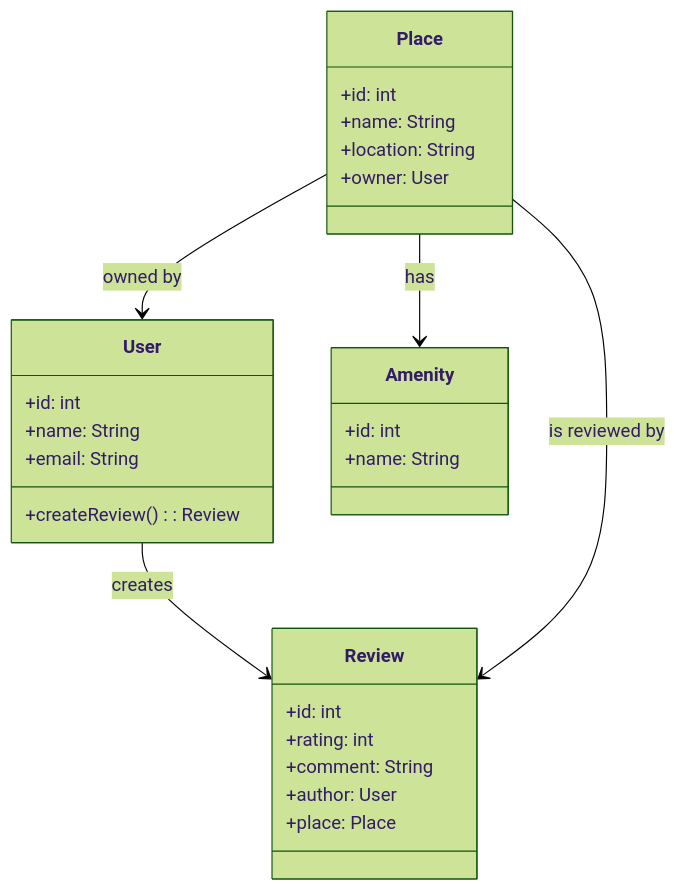
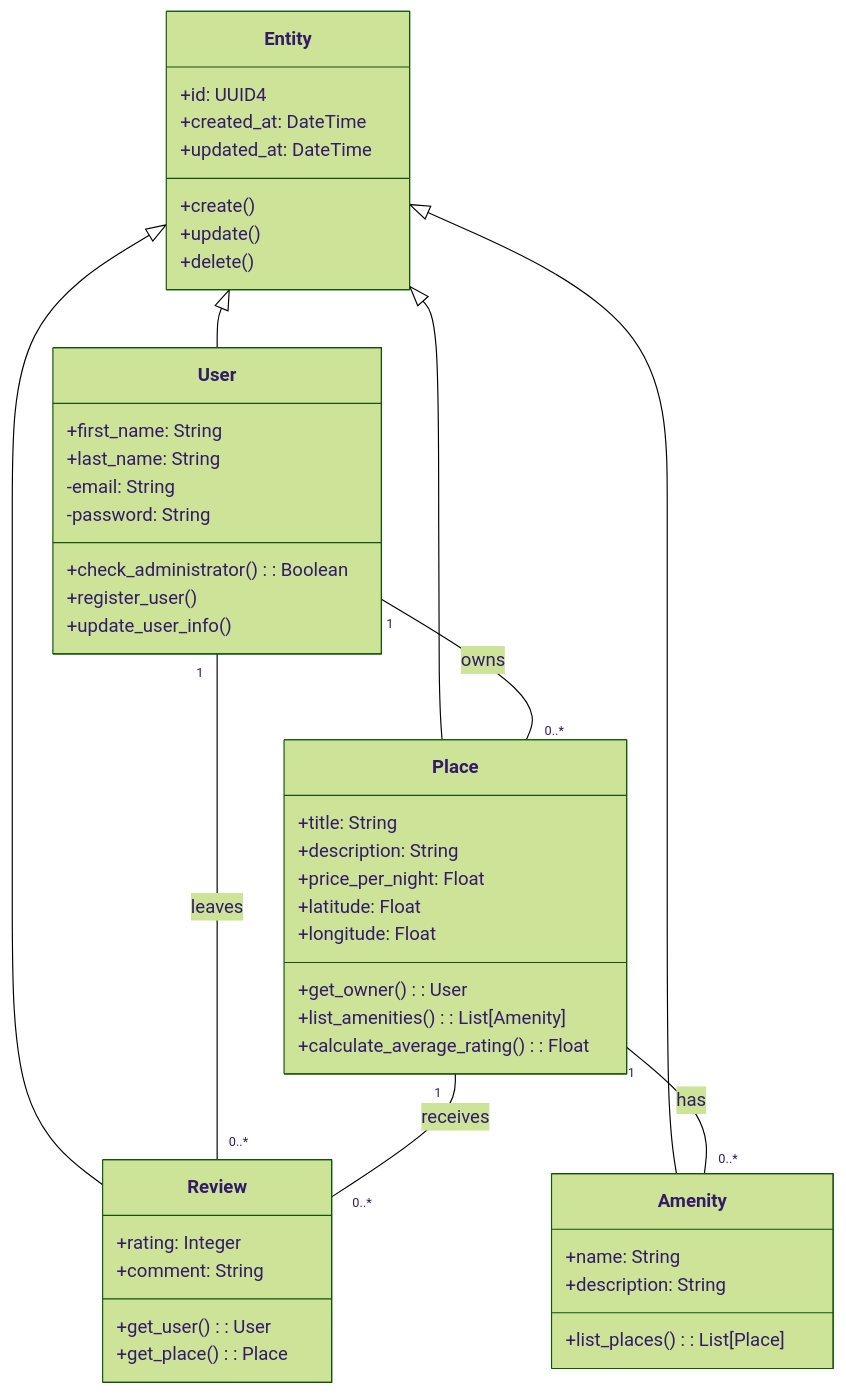
Before and after one commit to Arinhakeo/HBnB-Evolution: the second of 4 diagrams in HBnB-UML/Technical Document/3-Documentation_Compilation.md, drawn with Mermaid (forest theme). The commit also changed other lines of this file, not shown here.

````diff
--- a/HBnB-UML/Technical Document/3-Documentation_Compilation.md
+++ b/HBnB-UML/Technical Document/3-Documentation_Compilation.md
@@ -71,31 +69,49 @@
 ```mermaid
 classDiagram
-class User {
-    +id: int
-    +name: String
-    +email: String
-    +createReview(): Review
-}
-class Place {
-    +id: int
-    +name: String
-    +location: String
-    +owner: User
-}
-class Review {
-    +id: int
-    +rating: int
-    +comment: String
-    +author: User
-    +place: Place
-}
-class Amenity {
-    +id: int
-    +name: String
-}
-
-User --> Review : creates
-Place --> Review : is reviewed by
-Place --> User : owned by
-Place --> Amenity : has
+    class Entity {
+        +id: UUID4
+        +created_at: DateTime
+        +updated_at: DateTime
+        +create()
+        +update()
+        +delete()
+    }
+    class User {
+        +first_name: String
+        +last_name: String
+        -email: String
+        -password: String
+        +check_administrator(): Boolean
+        +register_user()
+        +update_user_info()
+    }
+    class Place {
+        +title: String
+        +description: String
+        +price_per_night: Float
+        +latitude: Float
+        +longitude: Float
+        +get_owner(): User
+        +list_amenities(): List[Amenity]
+        +calculate_average_rating(): Float
+    }
+    class Review {
+        +rating: Integer
+        +comment: String
+        +get_user(): User
+        +get_place(): Place
+    }
+    class Amenity {
+        +name: String
+        +description: String
+        +list_places(): List[Place]
+    }
+    Entity <|-- User
+    Entity <|-- Place
+    Entity <|-- Review
+    Entity <|-- Amenity
+    User "1" -- "0..*" Review : leaves
+    User "1" -- "0..*" Place : owns
+    Place "1" -- "0..*" Amenity : has
+    Place "1" -- "0..*" Review : receives
 ```
````
